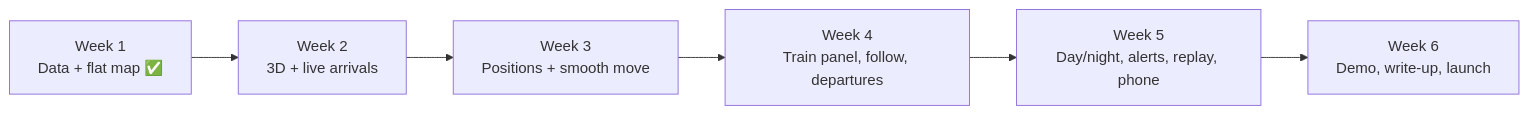
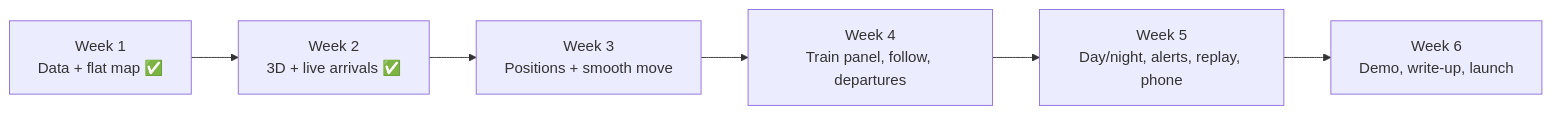
The fourth of 4 diagrams in docs/FLOWCHART.md (GOURAVPY/3d-UK-), drawn with Mermaid before and after one commit. The commit also changed 1 other file, not shown here.

Commit message:
Docs: mark week 2 done in plan and logic

````diff
--- a/docs/FLOWCHART.md
+++ b/docs/FLOWCHART.md
@@ -47,8 +47,8 @@
 ```mermaid
 flowchart LR
-    W1[Week 1<br/>Data + flat map ✅] --> W2[Week 2<br/>3D + live arrivals]
+    W1[Week 1<br/>Data + flat map ✅] --> W2[Week 2<br/>3D + live arrivals ✅]
     W2 --> W3[Week 3<br/>Positions + smooth move]
     W3 --> W4[Week 4<br/>Train panel, follow, departures]
     W4 --> W5[Week 5<br/>Day/night, alerts, replay, phone]
     W5 --> W6[Week 6<br/>Demo, write-up, launch]
 ```
````
